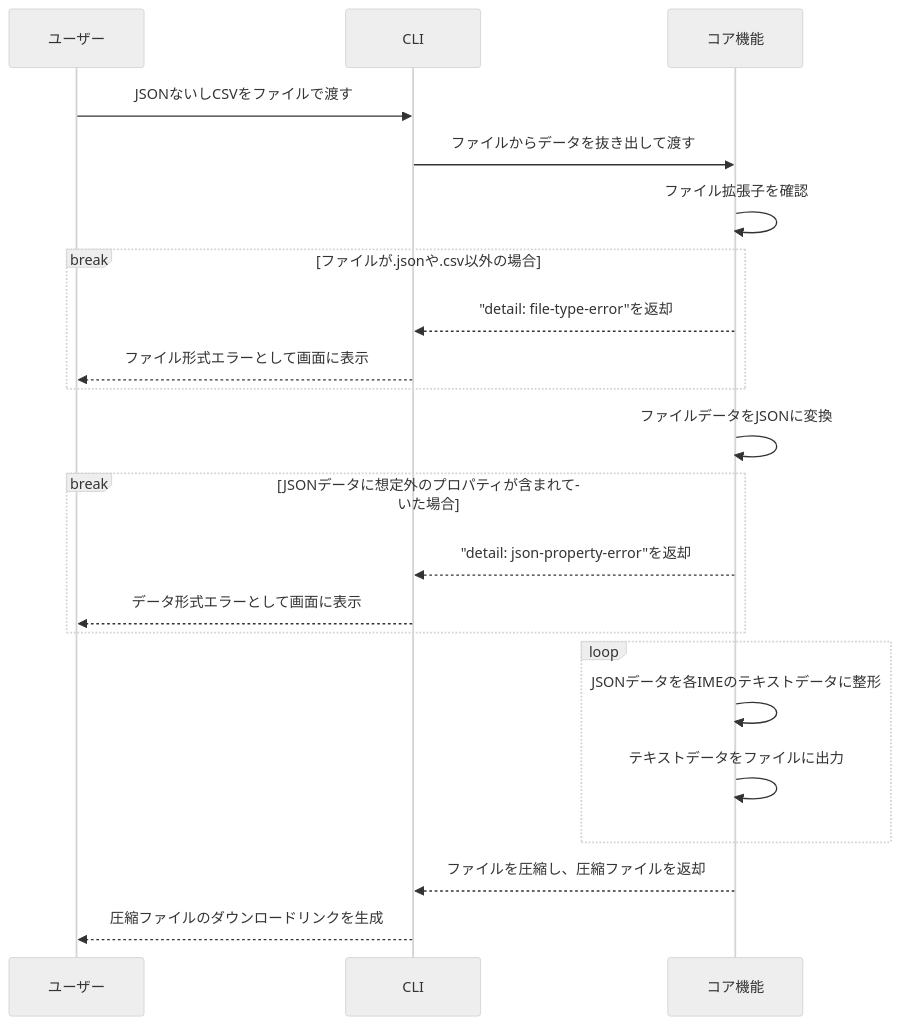
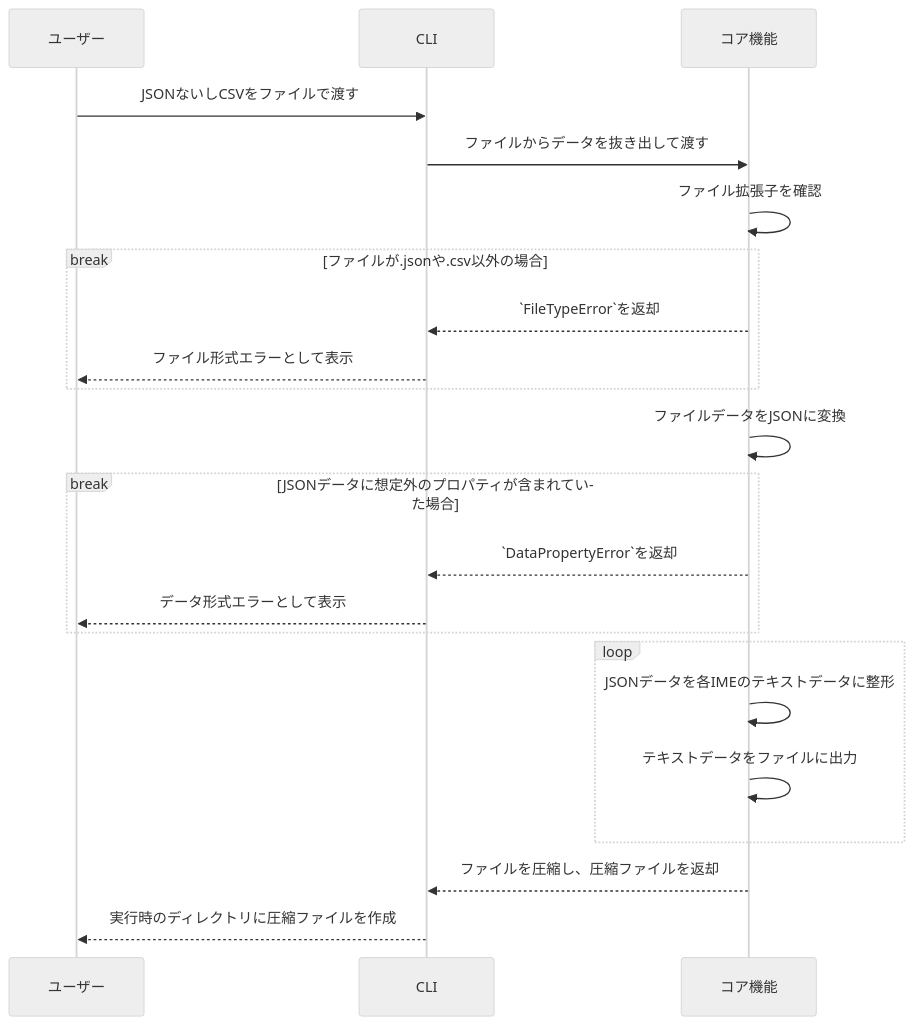
The diagram in slides/introduce-bid/slides.md (windchime-yk/slides), drawn with Mermaid (neutral theme) before and after one commit. The commit also changed other lines of this file, not shown here.

````diff
--- a/slides/introduce-bid/slides.md
+++ b/slides/introduce-bid/slides.md
@@ -170,29 +171,29 @@
 ```mermaid {scale: 0.35, alt: 'A simple sequence diagram'}
 sequenceDiagram
   participant user as ユーザー
   participant cli as CLI
   participant core as コア機能
 
   user ->> cli: JSONないしCSVをファイルで渡す
   cli ->> core: ファイルからデータを抜き出して渡す
   core ->> core: ファイル拡張子を確認
   break ファイルが.jsonや.csv以外の場合
-    core -->> cli: "detail: file-type-error"を返却
-    cli -->> user: ファイル形式エラーとして画面に表示 
+    core -->> cli: `FileTypeError`を返却
+    cli -->> user: ファイル形式エラーとして表示 
   end
 
   core ->> core: ファイルデータをJSONに変換
 
   break JSONデータに想定外のプロパティが含まれていた場合
-    core -->> cli: "detail: json-property-error"を返却
-    cli -->> user: データ形式エラーとして画面に表示 
+    core -->> cli: `DataPropertyError`を返却
+    cli -->> user: データ形式エラーとして表示 
   end
 
   loop
     core ->> core: JSONデータを各IMEのテキストデータに整形
     core ->> core: テキストデータをファイルに出力
   end
 
   core -->> cli: ファイルを圧縮し、圧縮ファイルを返却
-  cli -->> user: 圧縮ファイルのダウンロードリンクを生成
+  cli -->> user: 実行時のディレクトリに圧縮ファイルを作成
 ```
````
